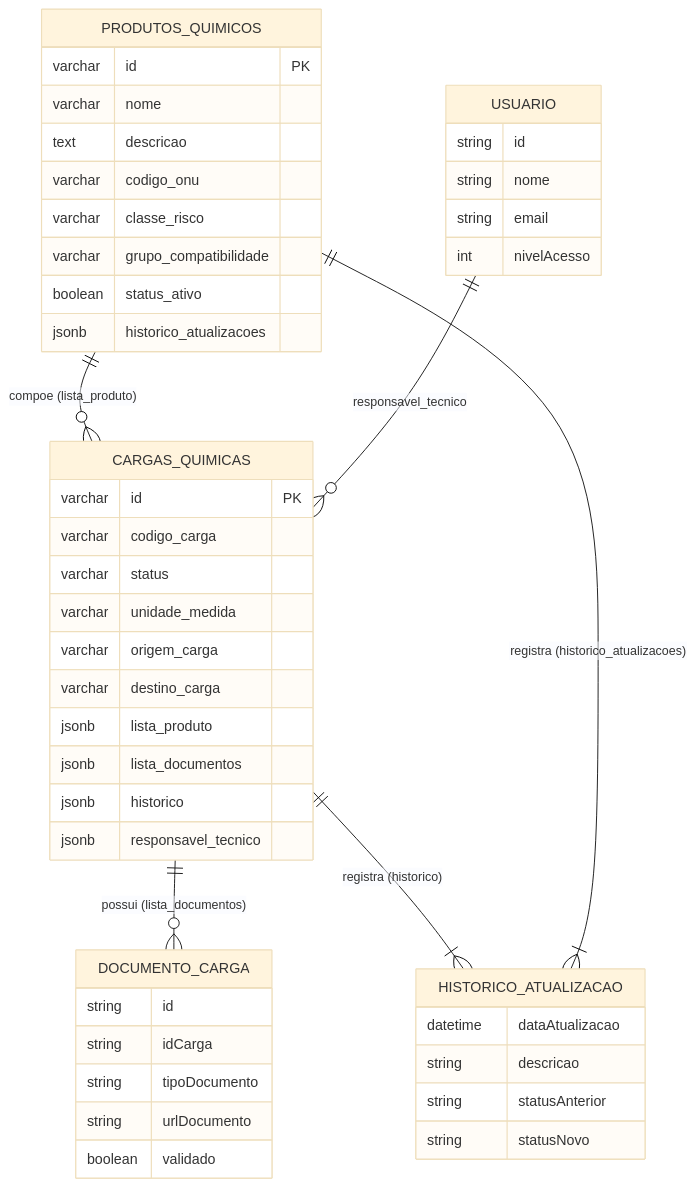
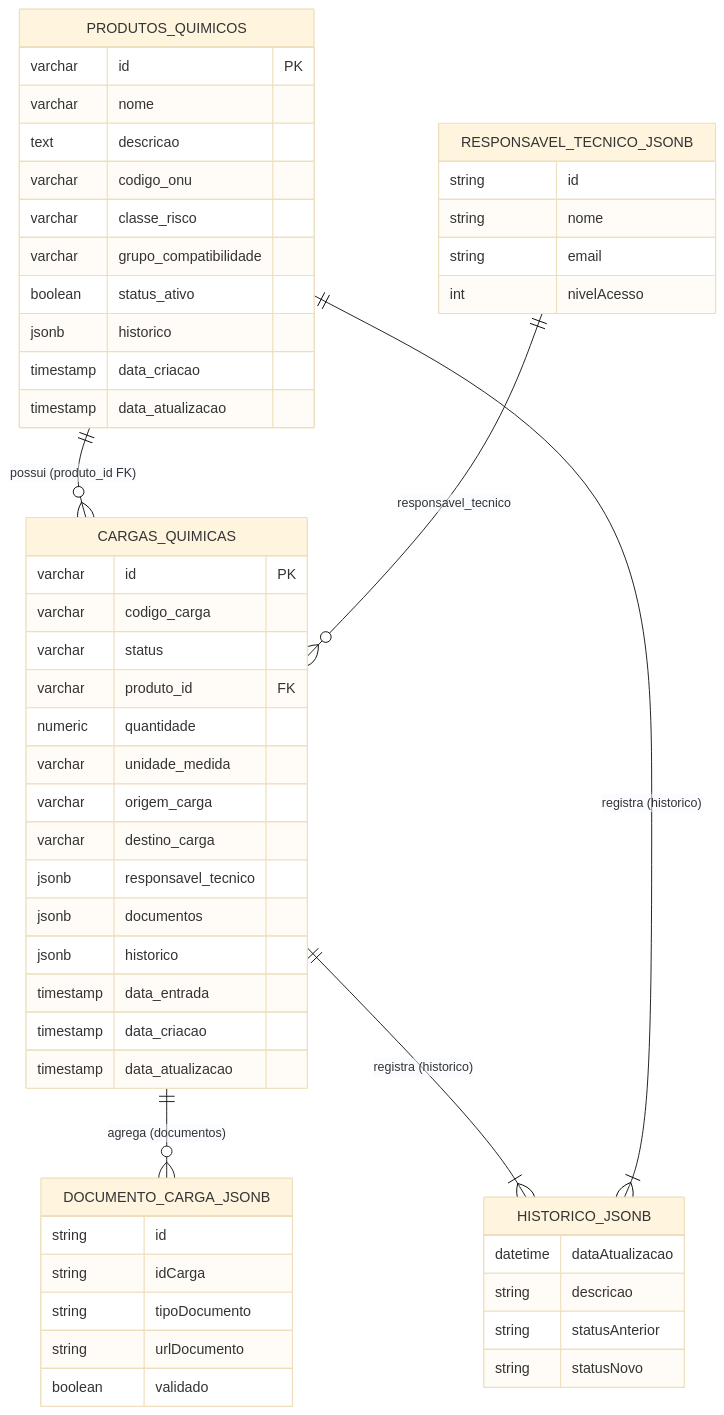
One commit to feldmannmts/Projeto_P-s_Tech_FIAP_FULLSTACK_Fase-1 changed the second of 4 diagrams in docs/DesignDocument_Fase2.md. Above: the diagram before and after it, drawn with Mermaid (base theme). The commit also changed other lines of this file and 1 other file, not shown here.

````diff
--- a/docs/DesignDocument_Fase2.md
+++ b/docs/DesignDocument_Fase2.md
@@ -166,54 +239,60 @@
 ```mermaid
 erDiagram
-    PRODUTOS_QUIMICOS ||--o{ CARGAS_QUIMICAS : "compoe (lista_produto)"
-    CARGAS_QUIMICAS ||--o{ DOCUMENTO_CARGA : "possui (lista_documentos)"
-    CARGAS_QUIMICAS ||--|{ HISTORICO_ATUALIZACAO : "registra (historico)"
-    PRODUTOS_QUIMICOS ||--|{ HISTORICO_ATUALIZACAO : "registra (historico_atualizacoes)"
-    USUARIO ||--o{ CARGAS_QUIMICAS : "responsavel_tecnico"
+    PRODUTOS_QUIMICOS ||--o{ CARGAS_QUIMICAS : "possui (produto_id FK)"
+    CARGAS_QUIMICAS ||--o{ DOCUMENTO_CARGA_JSONB : "agrega (documentos)"
+    CARGAS_QUIMICAS ||--|{ HISTORICO_JSONB : "registra (historico)"
+    PRODUTOS_QUIMICOS ||--|{ HISTORICO_JSONB : "registra (historico)"
+    RESPONSAVEL_TECNICO_JSONB ||--o{ CARGAS_QUIMICAS : "responsavel_tecnico"
 
     PRODUTOS_QUIMICOS {
         varchar id PK
         varchar nome
         text descricao
         varchar codigo_onu
         varchar classe_risco
         varchar grupo_compatibilidade
         boolean status_ativo
-        jsonb historico_atualizacoes
+        jsonb historico
+        timestamp data_criacao
+        timestamp data_atualizacao
     }
 
     CARGAS_QUIMICAS {
         varchar id PK
         varchar codigo_carga
         varchar status
+        varchar produto_id FK
+        numeric quantidade
         varchar unidade_medida
         varchar origem_carga
         varchar destino_carga
-        jsonb lista_produto
-        jsonb lista_documentos
+        jsonb responsavel_tecnico
+        jsonb documentos
         jsonb historico
-        jsonb responsavel_tecnico
+        timestamp data_entrada
+        timestamp data_criacao
+        timestamp data_atualizacao
     }
 
-    DOCUMENTO_CARGA {
+    DOCUMENTO_CARGA_JSONB {
         string id
         string idCarga
         string tipoDocumento
         string urlDocumento
         boolean validado
     }
 
-    HISTORICO_ATUALIZACAO {
+    HISTORICO_JSONB {
         datetime dataAtualizacao
         string descricao
         string statusAnterior
         string statusNovo
     }
 
-    USUARIO {
+    RESPONSAVEL_TECNICO_JSONB {
         string id
         string nome
         string email
         int nivelAcesso
     }
 ```
````
